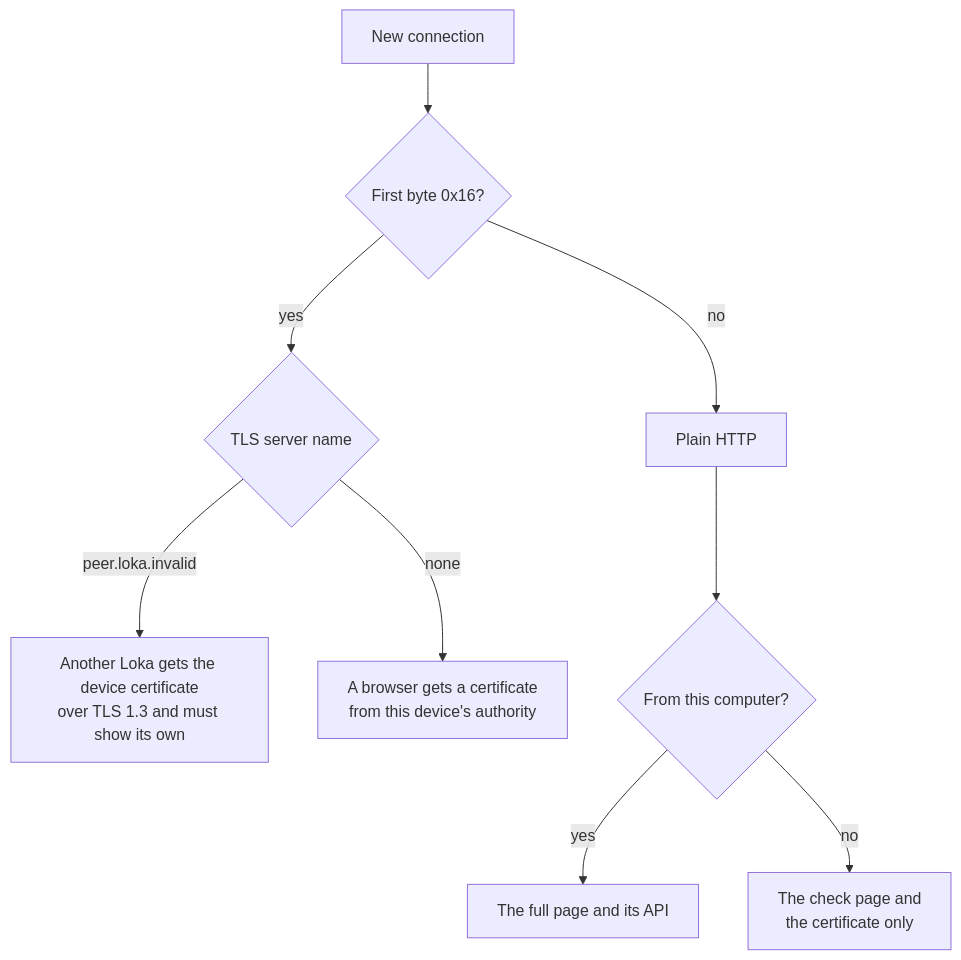
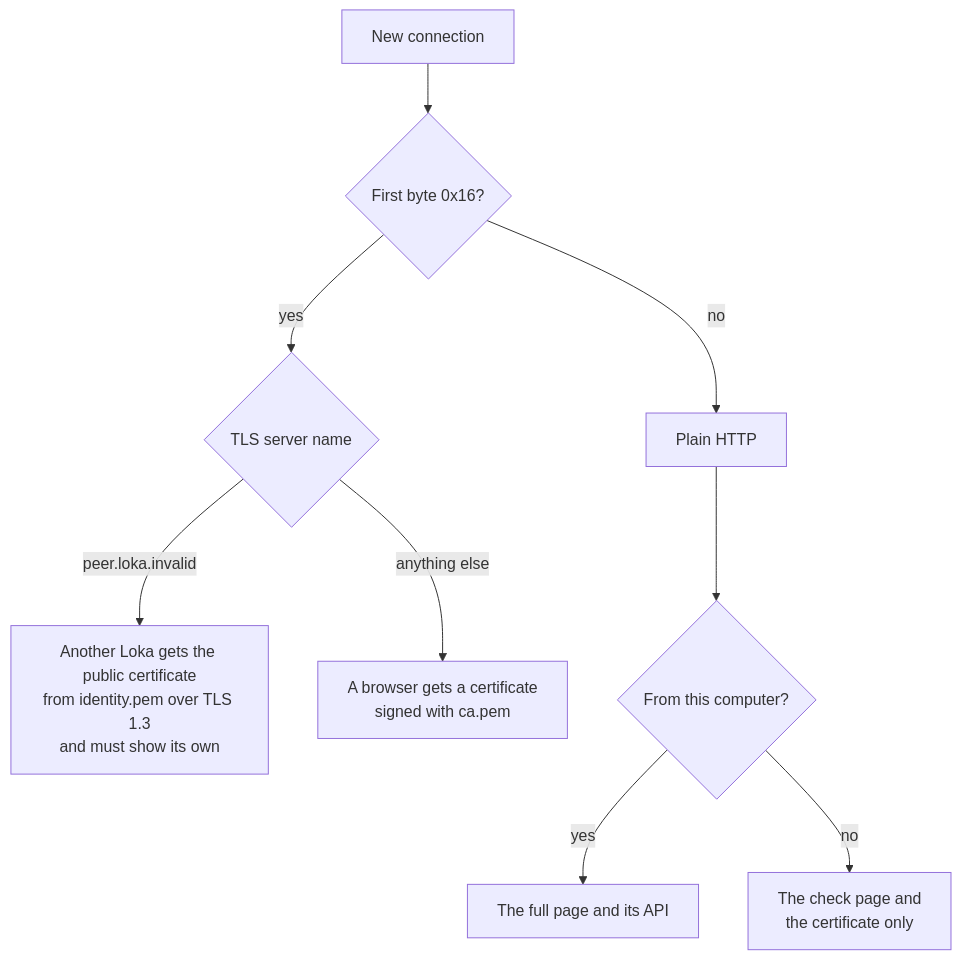
One commit to sprytnyk/loka changed the first of 4 diagrams in PROTOCOL.md. Above: the diagram before and after it, drawn with Mermaid. The commit also changed other lines of this file, not shown here.

````diff
--- a/PROTOCOL.md
+++ b/PROTOCOL.md
@@ -27,11 +27,11 @@
 ```mermaid
 flowchart TD
     C[New connection] --> B{First byte 0x16?}
     B -- no --> P[Plain HTTP]
     B -- yes --> T{TLS server name}
-    T -- peer.loka.invalid --> L["Another Loka gets the device certificate<br>over TLS 1.3 and must show its own"]
-    T -- none --> W["A browser gets a certificate<br>from this device's authority"]
+    T -- peer.loka.invalid --> L["Another Loka gets the public certificate<br>from identity.pem over TLS 1.3<br>and must show its own"]
+    T -- anything else --> W["A browser gets a certificate<br>signed with ca.pem"]
     P --> H{From this computer?}
     H -- yes --> D[The full page and its API]
     H -- no --> O["The check page and<br>the certificate only"]
 ```
````
